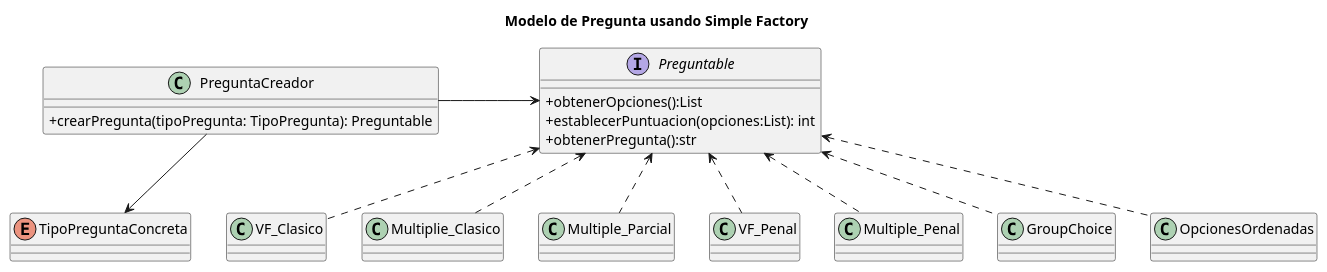
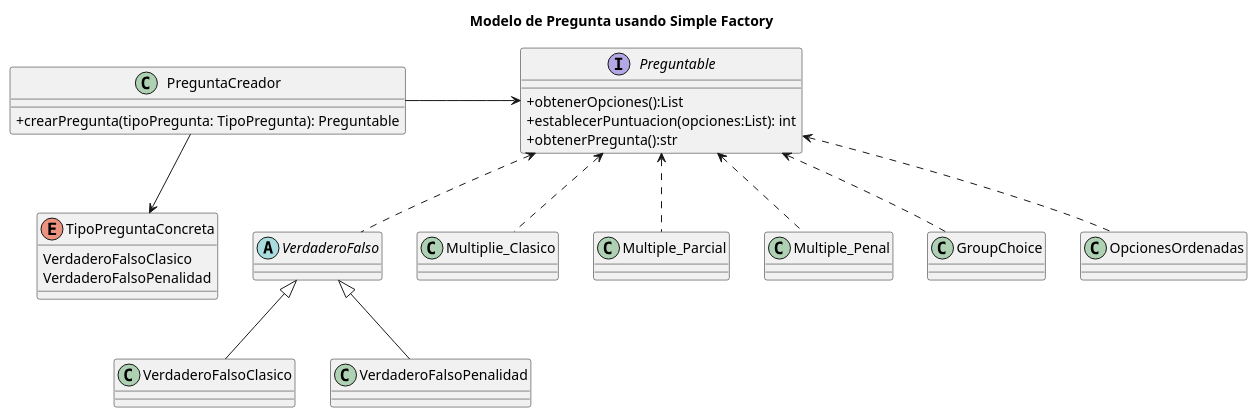
The diagram in doc/Diagramas/Diagramas_Clase/pregunta/pregunta.plantuml (gylopezgiles/TP2), drawn with PlantUML before and after one commit. The commit also changed 2 other files, not shown here.

Commit message:
actualizo diagramas de clase

```diff
--- a/doc/Diagramas/Diagramas_Clase/pregunta/pregunta.plantuml
+++ b/doc/Diagramas/Diagramas_Clase/pregunta/pregunta.plantuml
@@ -2,64 +2,70 @@
 @startuml
 title Modelo de Pregunta usando Simple Factory
 skinparam classAttributeIconSize 0
 
 class PreguntaCreador{
     + crearPregunta(tipoPregunta: TipoPregunta): Preguntable
 }
 
 interface Preguntable{
     + obtenerOpciones():List
     + establecerPuntuacion(opciones:List): int
     + obtenerPregunta():str
 }
 
 enum TipoPreguntaConcreta{
+    VerdaderoFalsoClasico
+    VerdaderoFalsoPenalidad
 }
 
+abstract class VerdaderoFalso{
+    
+}
 
 ' sin penalidad
-class VF_Clasico{
+class VerdaderoFalsoClasico{
 }
 
 class Multiplie_Clasico{
 
 }
 
 class Multiple_Parcial{
     
 }
 
-
 ' con penalidad
-class VF_Penal{
+class VerdaderoFalsoPenalidad{
 }
 
 class Multiple_Penal{
 }
 
 
 ' Especiales
 class GroupChoice{
 }
 
 class OpcionesOrdenadas{
 }
 
 
 PreguntaCreador -down->TipoPreguntaConcreta
 PreguntaCreador -> Preguntable
 
+Preguntable <.. VerdaderoFalso
+
 ' Preg_Penal
-Preguntable <.. VF_Penal
+VerdaderoFalso <|-- VerdaderoFalsoPenalidad
 Preguntable <.. Multiple_Penal
 
 
 ' Pregun_Sin_Penal
-Preguntable <.. VF_Clasico
+VerdaderoFalso <|-- VerdaderoFalsoClasico
 Preguntable <.. Multiplie_Clasico
 Preguntable <.. Multiple_Parcial
 
 Preguntable <.. GroupChoice
 Preguntable <.. OpcionesOrdenadas
 
 @enduml
```
